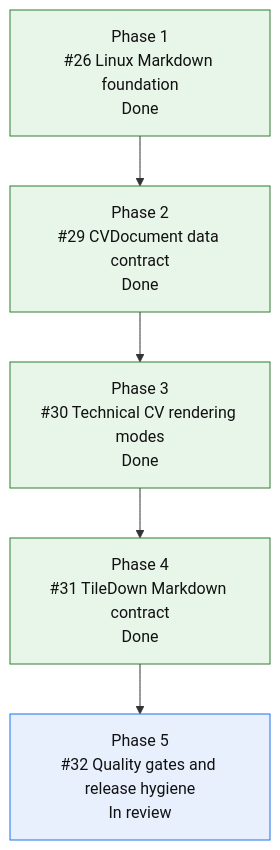
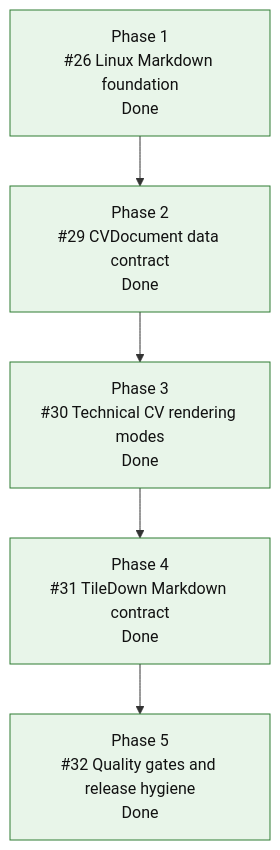
Before and after one commit to mihaelamj/cvbuilder: the diagram in README.md, drawn with Mermaid. The commit also changed 1 other file, not shown here.

Commit message:
docs(roadmap): mark quality gates done

````diff
--- a/README.md
+++ b/README.md
@@ -150,19 +150,19 @@
 ```mermaid
 flowchart TD
     P1["Phase 1<br/>#26 Linux Markdown foundation<br/>Done"]
     P2["Phase 2<br/>#29 CVDocument data contract<br/>Done"]
     P3["Phase 3<br/>#30 Technical CV rendering modes<br/>Done"]
     P4["Phase 4<br/>#31 TileDown Markdown contract<br/>Done"]
-    P5["Phase 5<br/>#32 Quality gates and release hygiene<br/>In review"]
+    P5["Phase 5<br/>#32 Quality gates and release hygiene<br/>Done"]
 
     P1 --> P2 --> P3 --> P4 --> P5
 
     classDef done fill:#e8f5e9,stroke:#2e7d32,color:#111;
     classDef active fill:#fff3e0,stroke:#ef6c00,color:#111;
     classDef review fill:#e8f0fe,stroke:#1a73e8,color:#111;
     classDef next fill:#fff8e1,stroke:#f9a825,color:#111;
     classDef partial fill:#e0f7fa,stroke:#00838f,color:#111;
     classDef todo fill:#eef3ff,stroke:#3367d6,color:#111;
     class P1,P2,P3,P4 done;
-    class P5 review;
+    class P5 done;
 ```
````
